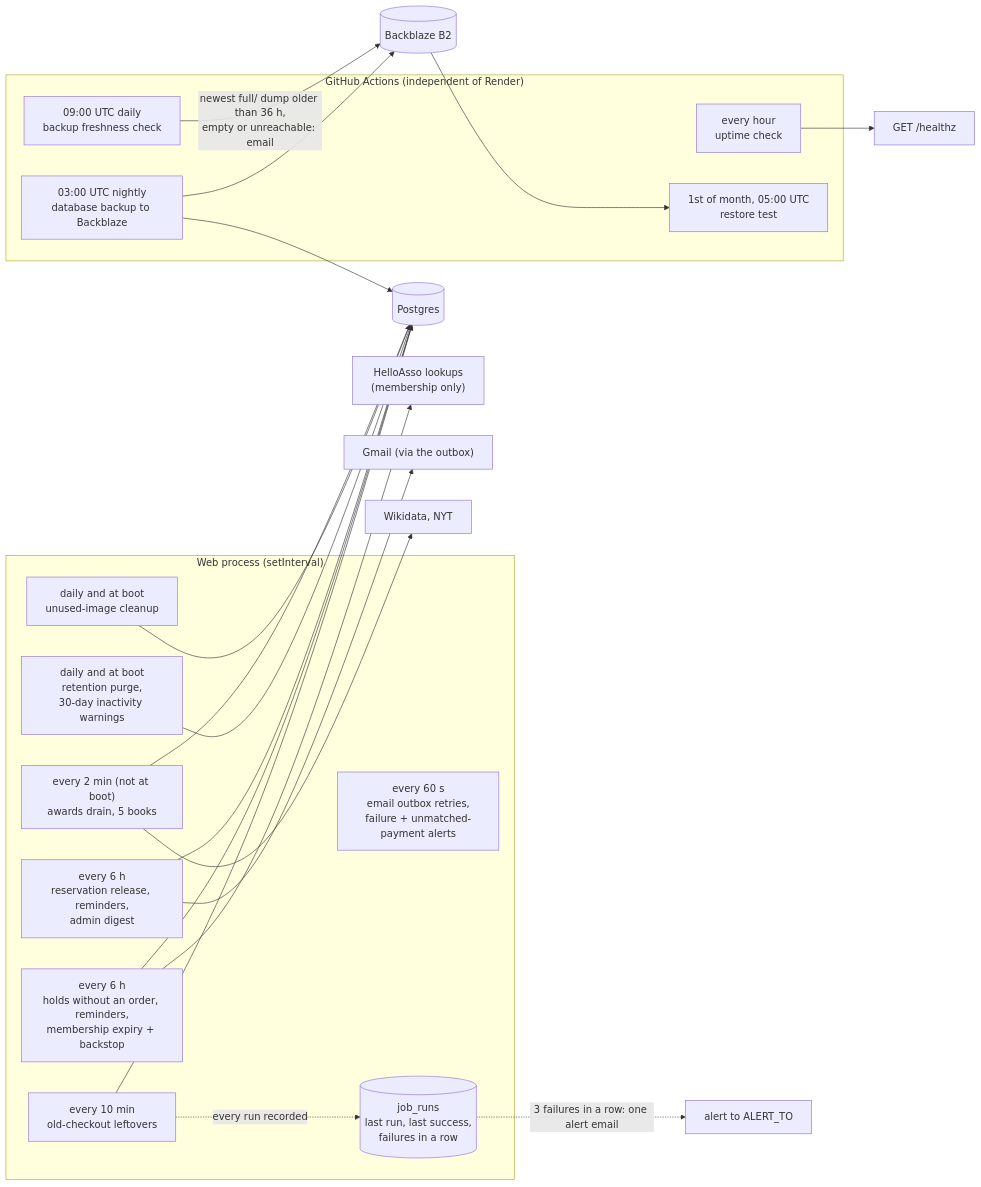
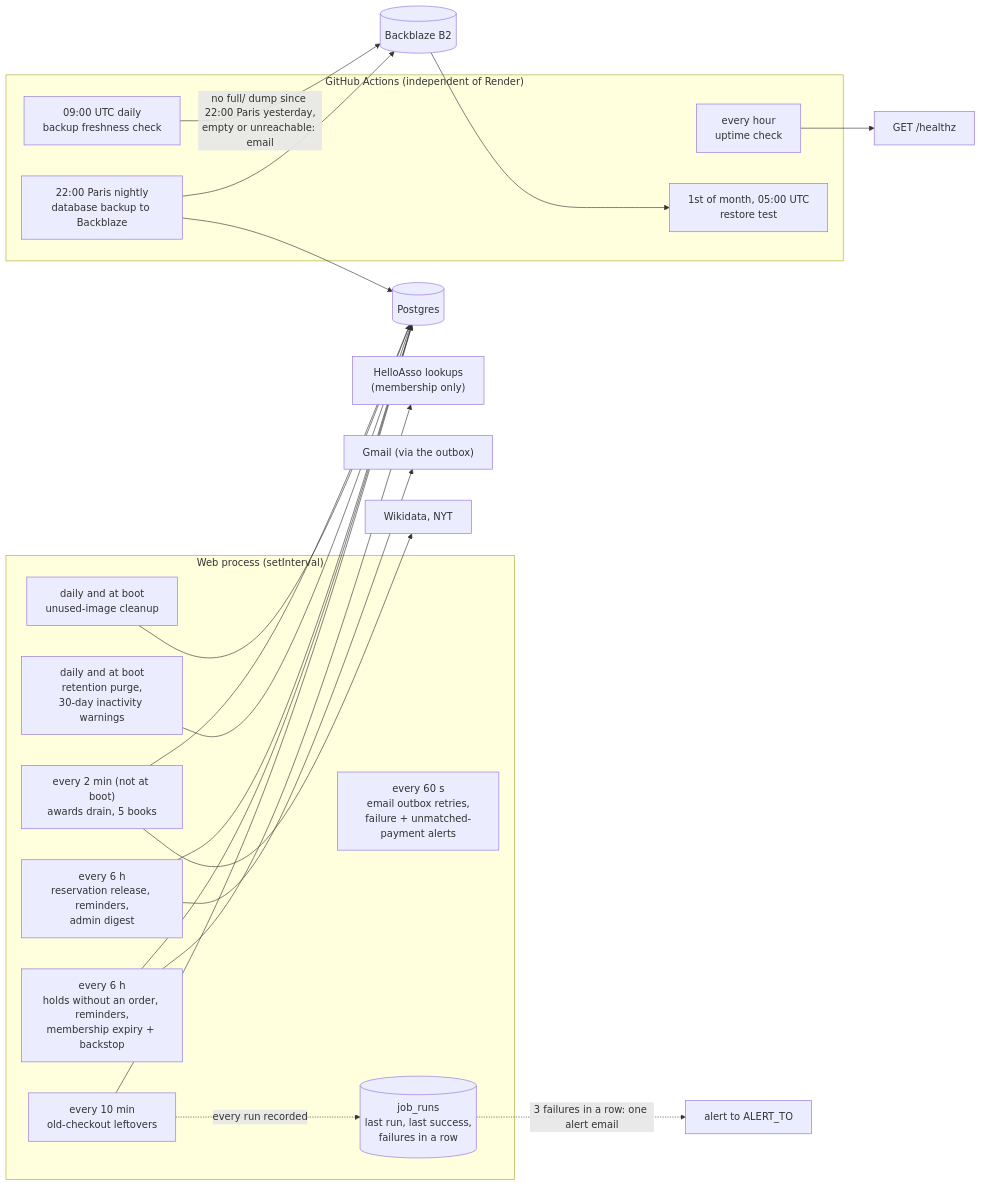
Diagram 11 of 15 in docs/architecture.md (umasbooksadmin/umasbookswebsite), drawn with Mermaid before and after one commit. The commit also changed other lines of this file and 14 other files, not shown here.

````diff
--- a/docs/architecture.md
+++ b/docs/architecture.md
@@ -992,35 +992,35 @@
 ```mermaid
 flowchart LR
   subgraph proc["Web process (setInterval)"]
     A["every 10 min<br/>old-checkout leftovers"] 
     C["every 6 h<br/>holds without an order, reminders,<br/>membership expiry + backstop"]
     OF["every 6 h<br/>reservation release, reminders,<br/>admin digest"]
     OB["every 60 s<br/>email outbox retries,<br/>failure + unmatched-payment alerts"]
     P["daily and at boot<br/>retention purge,<br/>30-day inactivity warnings"]
     IC["daily and at boot<br/>unused-image cleanup"]
     AW["every 2 min (not at boot)<br/>awards drain, 5 books"]
     JR[("job_runs<br/>last run, last success,<br/>failures in a row")]
   end
   subgraph gha["GitHub Actions (independent of Render)"]
     D["every hour<br/>uptime check"]
-    E["03:00 UTC nightly<br/>database backup to Backblaze"]
+    E["22:00 Paris nightly<br/>database backup to Backblaze"]
     F["1st of month, 05:00 UTC<br/>restore test"]
     FR["09:00 UTC daily<br/>backup freshness check"]
   end
   A --> DB[("Postgres")]
   C --> DB
   C --> HA["HelloAsso lookups<br/>(membership only)"]
   OF --> DB
   OF --> GMX["Gmail (via the outbox)"]
   D --> W["GET /healthz"]
   P --> DB
   E --> DB
   E --> BK[("Backblaze B2")]
   BK --> F
-  FR -->|"newest full/ dump older than 36 h,<br/>empty or unreachable: email"| BK
+  FR -->|"no full/ dump since 22:00 Paris yesterday,<br/>empty or unreachable: email"| BK
   IC --> DB
   AW --> DB
   A -. "every run recorded" .-> JR
   JR -. "3 failures in a row: one alert email" .-> OBX["alert to ALERT_TO"]
   AW --> EXT["Wikidata, NYT"]
 ```
````
